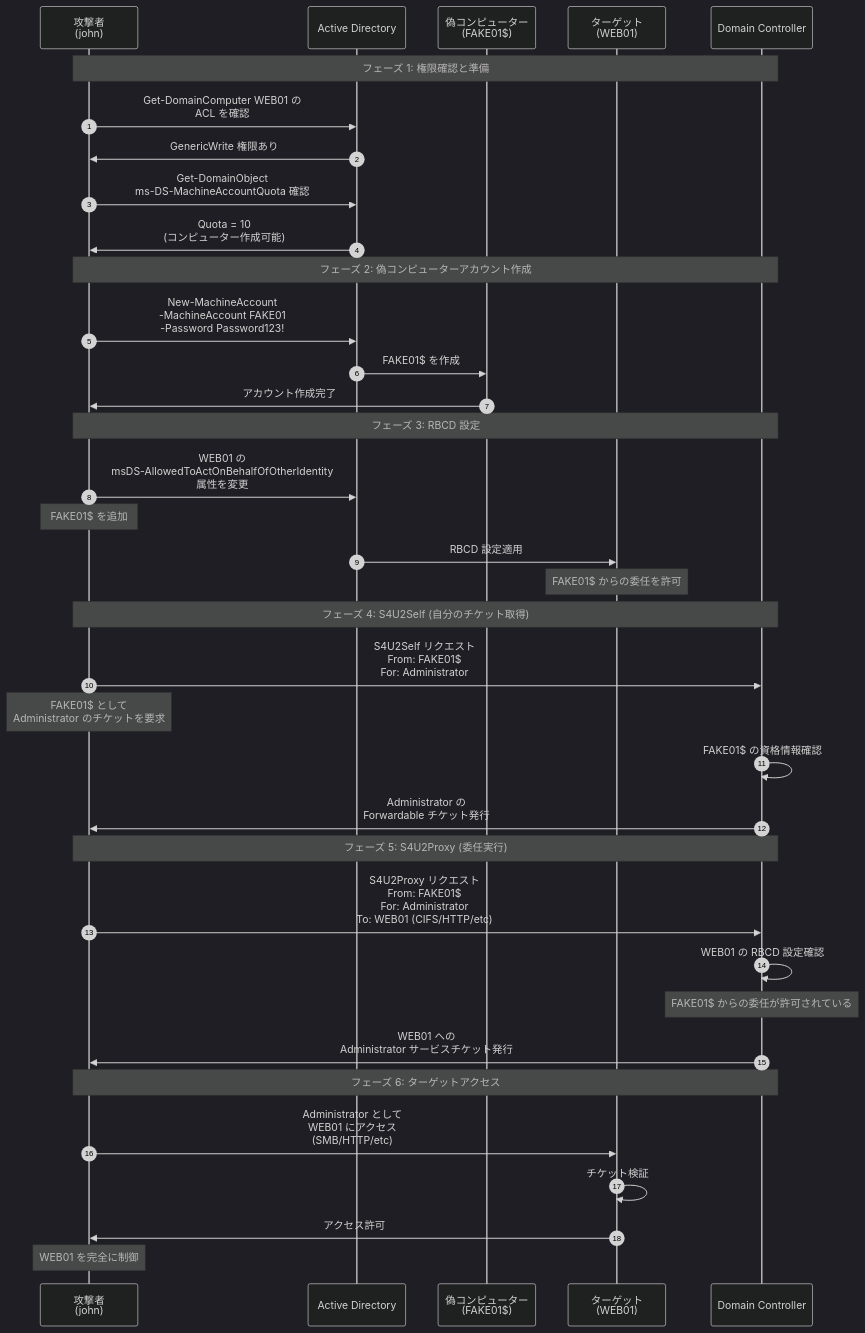
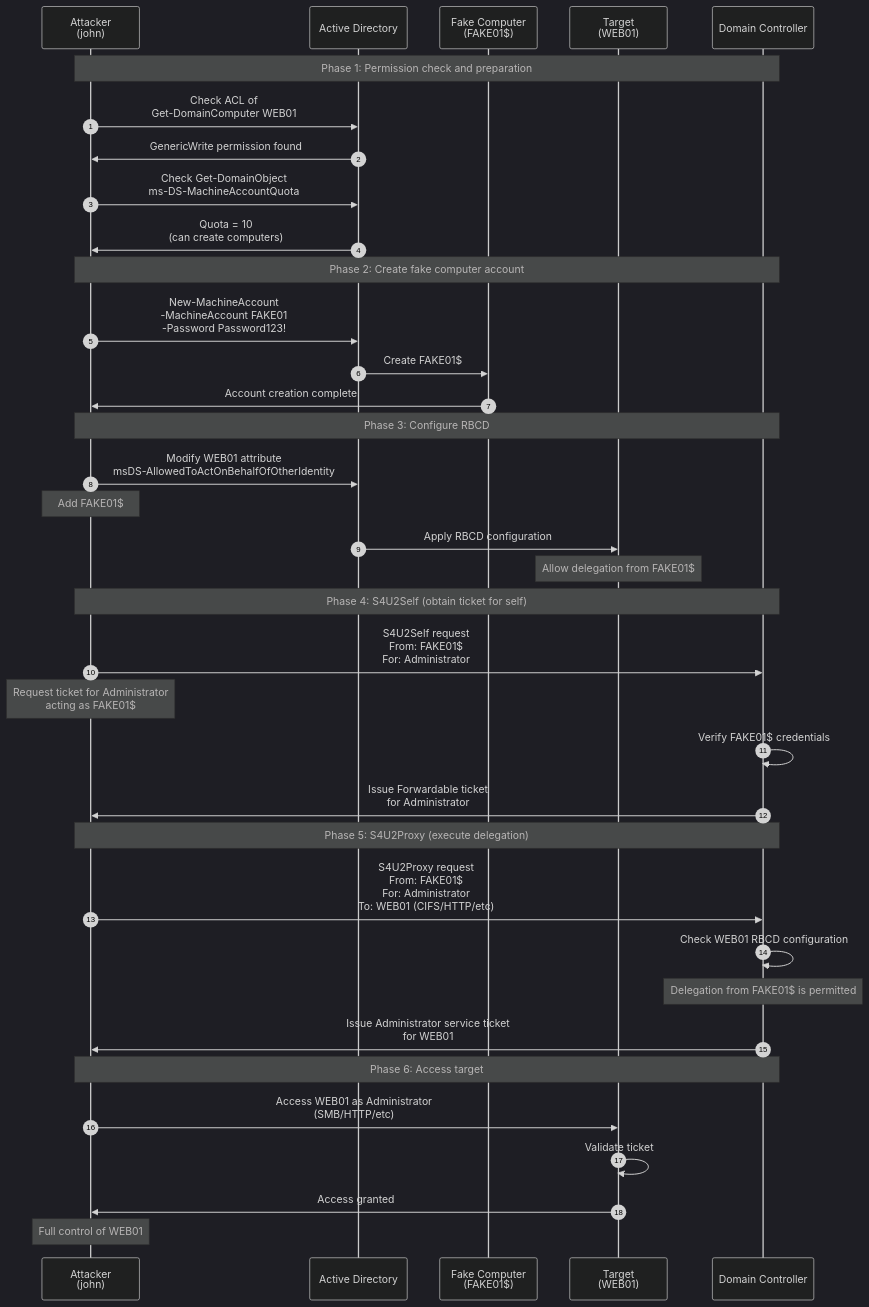
One commit to morimori-dev/morimori-dev.github.io changed the third of 6 diagrams in _posts/2026-03-03-tech-rbcd-attack-guide.md. Above: the diagram before and after it, drawn with Mermaid (dark theme). The commit also changed other lines of this file and 1 other file, not shown here.

Commit message:
Translate ADCS and RBCD tech posts to English

````diff
--- a/_posts/2026-03-03-tech-rbcd-attack-guide.md
+++ b/_posts/2026-03-03-tech-rbcd-attack-guide.md
@@ -132,56 +133,56 @@
 ```mermaid
 sequenceDiagram
     autonumber
-    participant A as 攻撃者<br/>(john)
+    participant A as Attacker<br/>(john)
     participant AD as Active Directory
-    participant Fake as 偽コンピューター<br/>(FAKE01$)
-    participant Target as ターゲット<br/>(WEB01)
+    participant Fake as Fake Computer<br/>(FAKE01$)
+    participant Target as Target<br/>(WEB01)
     participant DC as Domain Controller
-    
-    Note over A,DC: フェーズ 1: 権限確認と準備
-    
-    A->>AD: Get-DomainComputer WEB01 の<br/>ACL を確認
-    AD->>A: GenericWrite 権限あり
-    
-    A->>AD: Get-DomainObject<br/>ms-DS-MachineAccountQuota 確認
-    AD->>A: Quota = 10<br/>(コンピューター作成可能)
-    
-    Note over A,DC: フェーズ 2: 偽コンピューターアカウント作成
-    
+
+    Note over A,DC: Phase 1: Permission check and preparation
+
+    A->>AD: Check ACL of<br/>Get-DomainComputer WEB01
+    AD->>A: GenericWrite permission found
+
+    A->>AD: Check Get-DomainObject<br/>ms-DS-MachineAccountQuota
+    AD->>A: Quota = 10<br/>(can create computers)
+
+    Note over A,DC: Phase 2: Create fake computer account
+
     A->>AD: New-MachineAccount<br/>-MachineAccount FAKE01<br/>-Password Password123!
-    AD->>Fake: FAKE01$ を作成
-    Fake->>A: アカウント作成完了
-    
-    Note over A,DC: フェーズ 3: RBCD 設定
-    
-    A->>AD: WEB01 の<br/>msDS-AllowedToActOnBehalfOfOtherIdentity<br/>属性を変更
-    Note over A: FAKE01$ を追加
-    
-    AD->>Target: RBCD 設定適用
-    Note over Target: FAKE01$ からの委任を許可
-    
-    Note over A,DC: フェーズ 4: S4U2Self (自分のチケット取得)
-    
-    A->>DC: S4U2Self リクエスト<br/>From: FAKE01$<br/>For: Administrator
-    Note over A: FAKE01$ として<br/>Administrator のチケットを要求
-    
-    DC->>DC: FAKE01$ の資格情報確認
-    DC->>A: Administrator の<br/>Forwardable チケット発行
-    
-    Note over A,DC: フェーズ 5: S4U2Proxy (委任実行)
-    
-    A->>DC: S4U2Proxy リクエスト<br/>From: FAKE01$<br/>For: Administrator<br/>To: WEB01 (CIFS/HTTP/etc)
-    
-    DC->>DC: WEB01 の RBCD 設定確認
-    Note over DC: FAKE01$ からの委任が許可されている
-    
-    DC->>A: WEB01 への<br/>Administrator サービスチケット発行
-    
-    Note over A,DC: フェーズ 6: ターゲットアクセス
-    
-    A->>Target: Administrator として<br/>WEB01 にアクセス<br/>(SMB/HTTP/etc)
-    Target->>Target: チケット検証
-    Target->>A: アクセス許可
-    
-    Note over A: WEB01 を完全に制御
+    AD->>Fake: Create FAKE01$
+    Fake->>A: Account creation complete
+
+    Note over A,DC: Phase 3: Configure RBCD
+
+    A->>AD: Modify WEB01 attribute<br/>msDS-AllowedToActOnBehalfOfOtherIdentity
+    Note over A: Add FAKE01$
+
+    AD->>Target: Apply RBCD configuration
+    Note over Target: Allow delegation from FAKE01$
+
+    Note over A,DC: Phase 4: S4U2Self (obtain ticket for self)
+
+    A->>DC: S4U2Self request<br/>From: FAKE01$<br/>For: Administrator
+    Note over A: Request ticket for Administrator<br/>acting as FAKE01$
+
+    DC->>DC: Verify FAKE01$ credentials
+    DC->>A: Issue Forwardable ticket<br/>for Administrator
+
+    Note over A,DC: Phase 5: S4U2Proxy (execute delegation)
+
+    A->>DC: S4U2Proxy request<br/>From: FAKE01$<br/>For: Administrator<br/>To: WEB01 (CIFS/HTTP/etc)
+
+    DC->>DC: Check WEB01 RBCD configuration
+    Note over DC: Delegation from FAKE01$ is permitted
+
+    DC->>A: Issue Administrator service ticket<br/>for WEB01
+
+    Note over A,DC: Phase 6: Access target
+
+    A->>Target: Access WEB01 as Administrator<br/>(SMB/HTTP/etc)
+    Target->>Target: Validate ticket
+    Target->>A: Access granted
+
+    Note over A: Full control of WEB01
 ```
````
